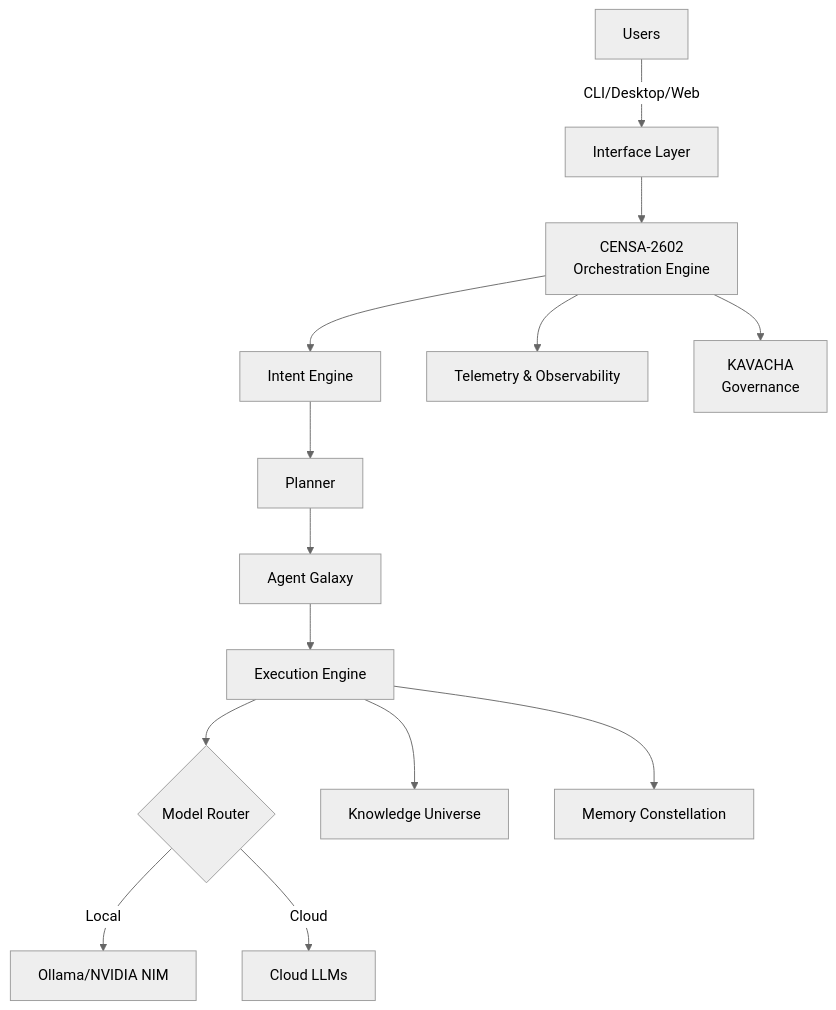
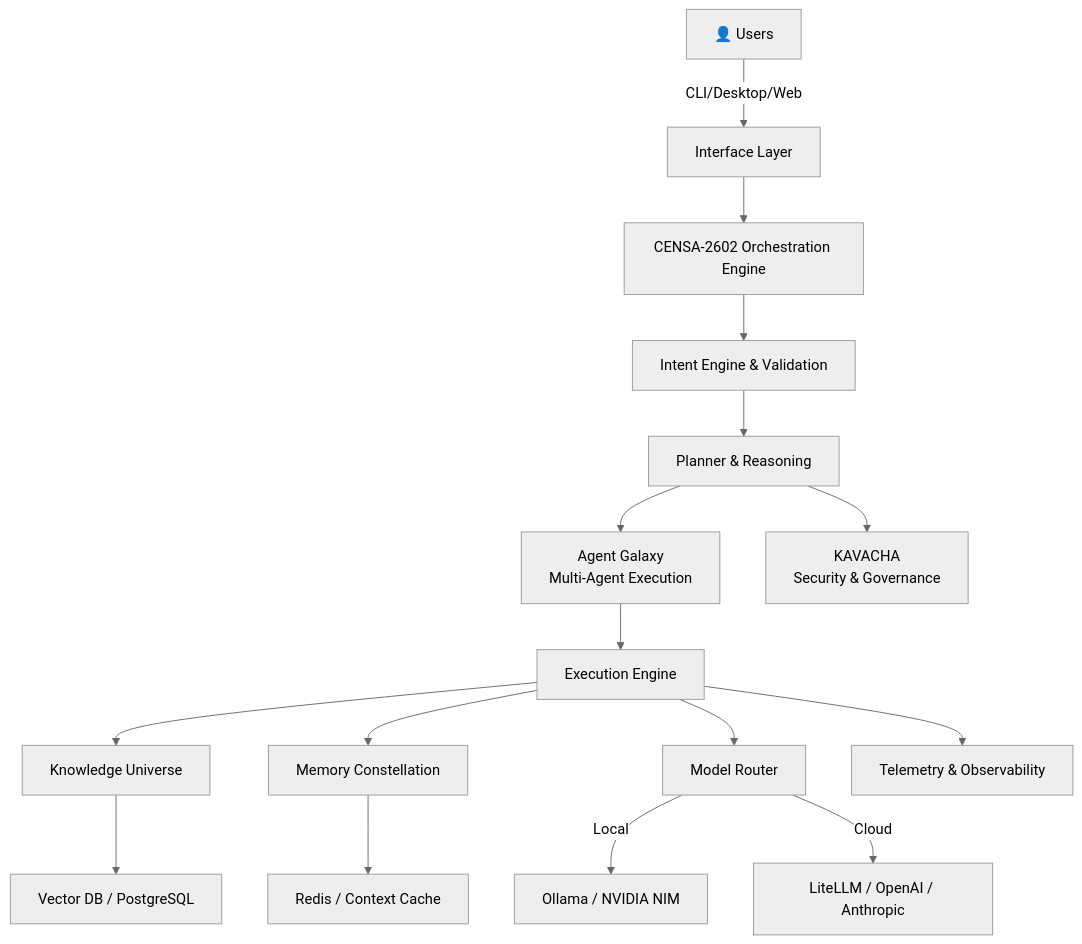
The diagram in profile/README.md (RE-EVOLVE-ON-HGI/RE-EVOLVE-ON-HGI), drawn with Mermaid (neutral theme) before and after one commit. The commit also changed other lines of this file, not shown here.

Commit message:
Update profile README with enhanced branding, CENSA-2602 and HGI emblem images, and professional structure

````diff
--- a/profile/README.md
+++ b/profile/README.md
@@ -65,16 +74,18 @@
 ```mermaid
 graph TD
-    A[Users] -->|CLI/Desktop/Web| B[Interface Layer]
-    B --> C[CENSA-2602<br/>Orchestration Engine]
-    C --> D[Intent Engine]
-    D --> E[Planner]
-    E --> F[Agent Galaxy]
-    F --> G[Execution Engine]
-    G --> H{Model Router}
-    H -->|Local| I[Ollama/NVIDIA NIM]
-    H -->|Cloud| J[Cloud LLMs]
-    G --> K[Knowledge Universe]
-    G --> L[Memory Constellation]
-    C --> M[Telemetry & Observability]
-    C --> N[KAVACHA<br/>Governance]
+    A["👤 Users"] -->|CLI/Desktop/Web| B["Interface Layer"]
+    B --> C["CENSA-2602 Orchestration Engine"]
+    C --> D["Intent Engine & Validation"]
+    D --> E["Planner & Reasoning"]
+    E --> F["Agent Galaxy<br/>Multi-Agent Execution"]
+    F --> G["Execution Engine"]
+    G --> H["Knowledge Universe"]
+    G --> I["Memory Constellation"]
+    G --> J["Model Router"]
+    J -->|Local| K["Ollama / NVIDIA NIM"]
+    J -->|Cloud| L["LiteLLM / OpenAI / Anthropic"]
+    H --> M["Vector DB / PostgreSQL"]
+    I --> N["Redis / Context Cache"]
+    E --> O["KAVACHA<br/>Security & Governance"]
+    G --> P["Telemetry & Observability"]
 ```
````
